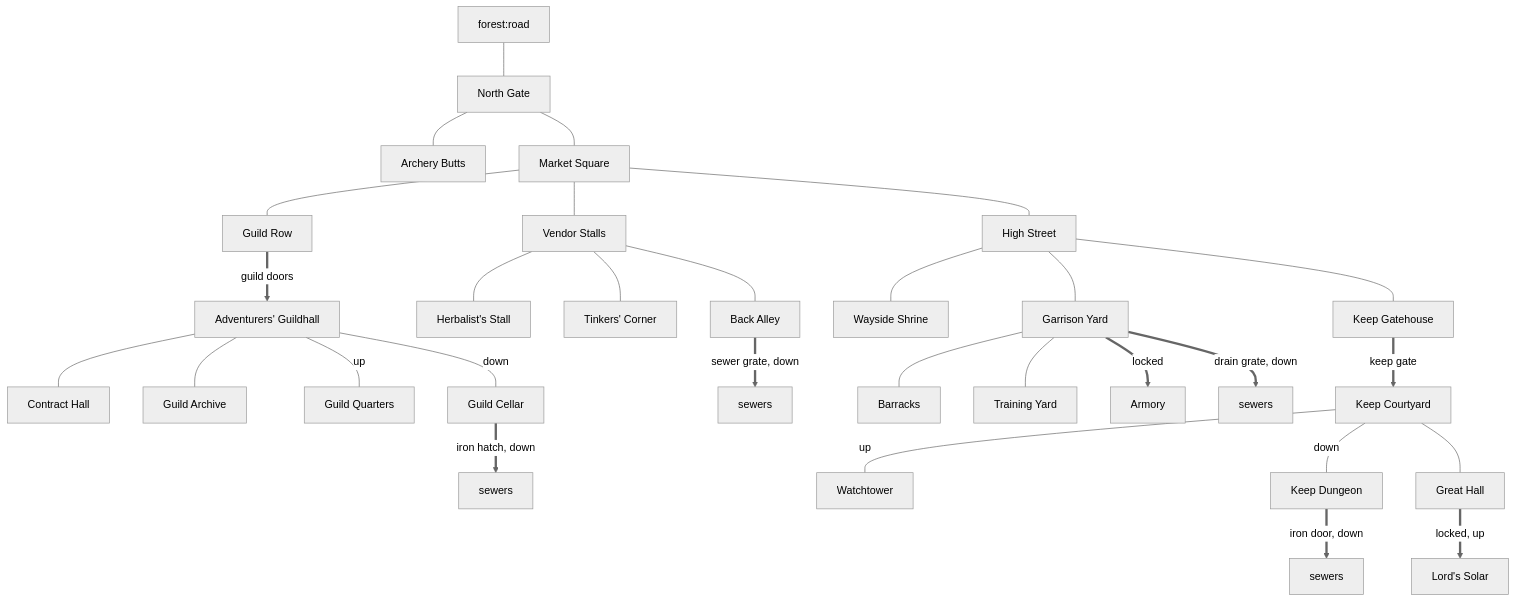
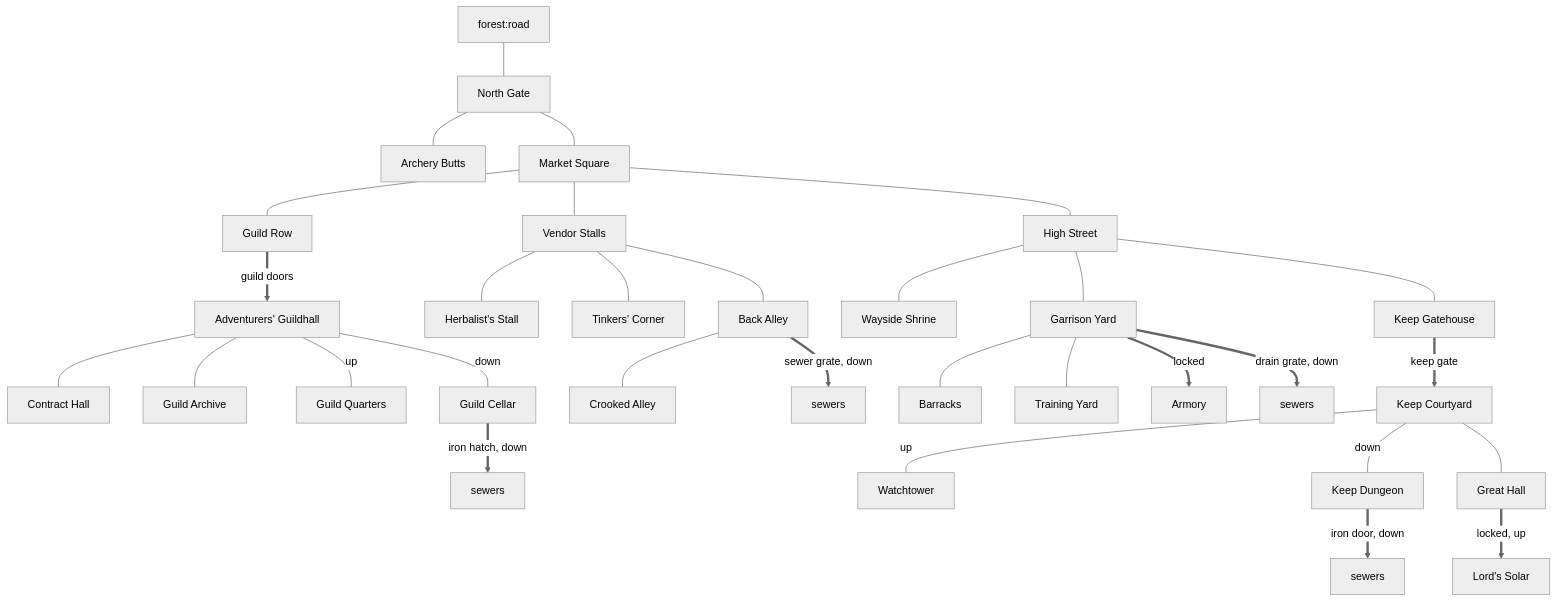
One commit to Aaqibhafeezkhan/riftward changed the first of 2 diagrams in docs/riftwatch.md. Above: the diagram before and after it, drawn with Mermaid (neutral theme). The commit also changed other lines of this file and 11 other files, not shown here.

First line of the commit message:
Tune the deep wood and the sewers with a fight simulator, and add Crooked Alley

````diff
--- a/docs/riftwatch.md
+++ b/docs/riftwatch.md
@@ -9,32 +9,33 @@
 ```mermaid
 flowchart TB
     road[forest:road] --- gate[North Gate]
     gate --- butts[Archery Butts]
     gate --- market[Market Square]
     market --- row[Guild Row]
     row == guild doors ==> guild[Adventurers' Guildhall]
     guild --- contracts[Contract Hall]
     guild --- archive[Guild Archive]
     guild -- up --- quarters[Guild Quarters]
     guild -- down --- cellar[Guild Cellar]
     market --- stalls[Vendor Stalls]
     stalls --- herbs[Herbalist's Stall]
     stalls --- tinkers[Tinkers' Corner]
     stalls --- alley[Back Alley]
+    alley --- crooked[Crooked Alley]
     alley == sewer grate, down ==> outfall[sewers]
     cellar == iron hatch, down ==> guilddrain[sewers]
     market --- high[High Street]
     high --- shrine[Wayside Shrine]
     high --- garrison[Garrison Yard]
     garrison --- barracks[Barracks]
     garrison --- training[Training Yard]
     garrison == locked ==> armory[Armory]
     garrison == drain grate, down ==> garrisondrain[sewers]
     high --- keepgate[Keep Gatehouse]
     keepgate == keep gate ==> courtyard[Keep Courtyard]
     courtyard -- up --- tower[Watchtower]
     courtyard -- down --- dungeon[Keep Dungeon]
     dungeon == iron door, down ==> sluice[sewers]
     courtyard --- hall[Great Hall]
     hall == locked, up ==> solar[Lord's Solar]
 ```
````
